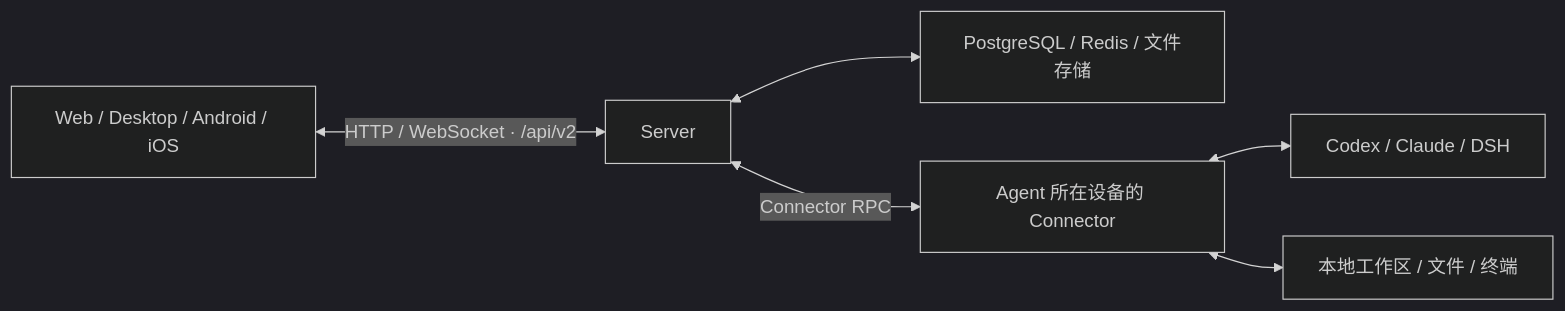
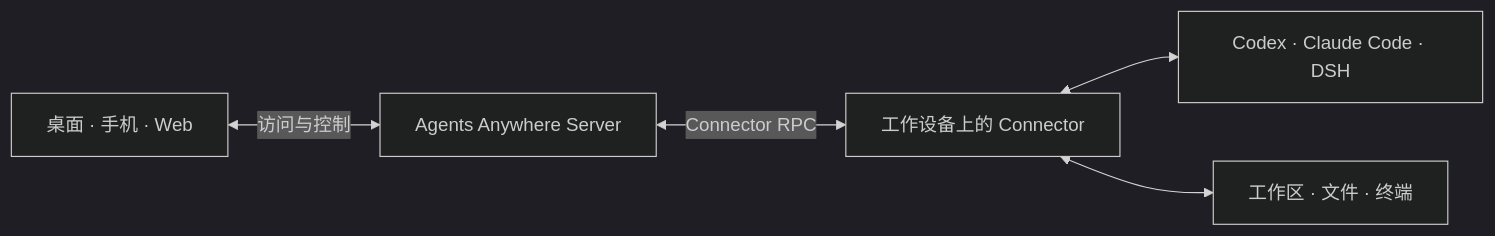
The diagram in README.zh-CN.md (anywhere-labs/Agents-Anywhere), drawn with Mermaid (dark theme) before and after one commit. The commit also changed other lines of this file and 19 other files, not shown here.

````diff
--- a/README.zh-CN.md
+++ b/README.zh-CN.md
@@ -65,8 +98,7 @@
 ```mermaid
 flowchart LR
-    Clients["Web / Desktop / Android / iOS"] <-->|"HTTP / WebSocket · /api/v2"| Server["Server"]
-    Server <--> Storage["PostgreSQL / Redis / 文件存储"]
-    Server <-->|"Connector RPC"| Connector["Agent 所在设备的 Connector"]
-    Connector <--> Runtime["Codex / Claude / DSH"]
-    Connector <--> Workspace["本地工作区 / 文件 / 终端"]
+    Clients["桌面 · 手机 · Web"] <-->|"访问与控制"| Server["Agents Anywhere Server"]
+    Server <-->|"Connector RPC"| Connector["工作设备上的 Connector"]
+    Connector <--> Agents["Codex · Claude Code · DSH"]
+    Connector <--> Workspace["工作区 · 文件 · 终端"]
 ```
````
